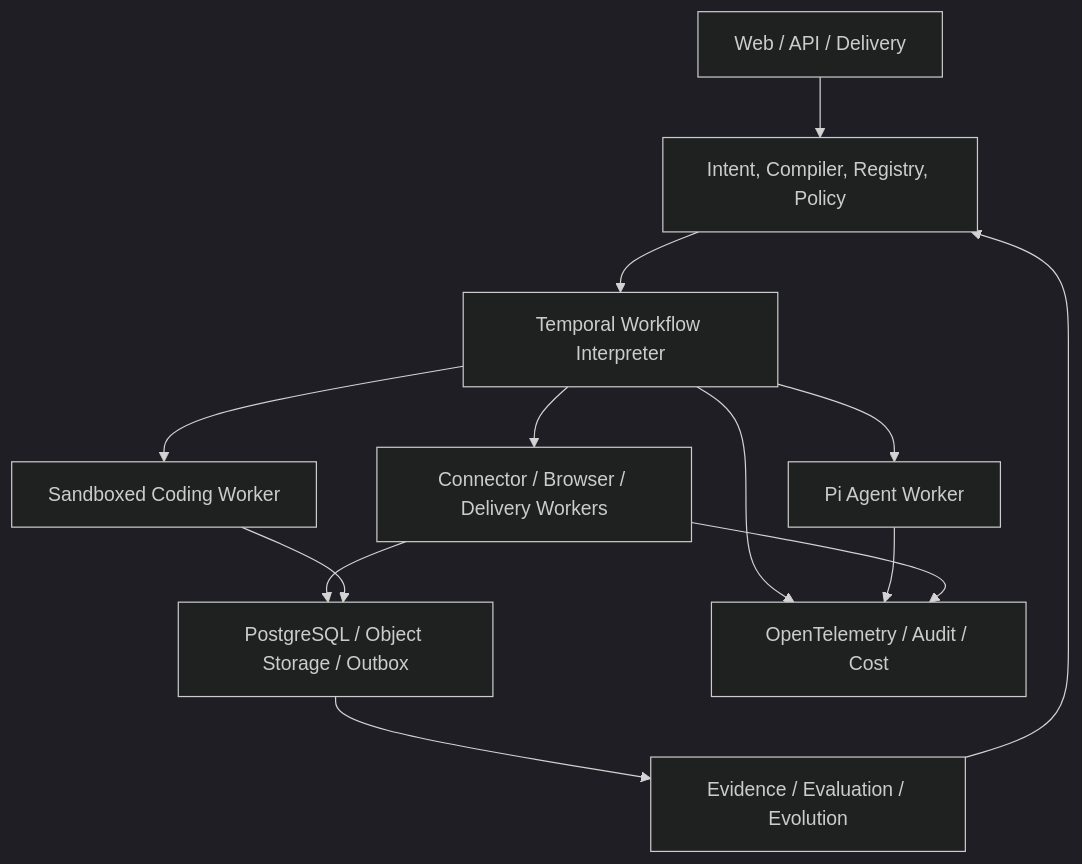
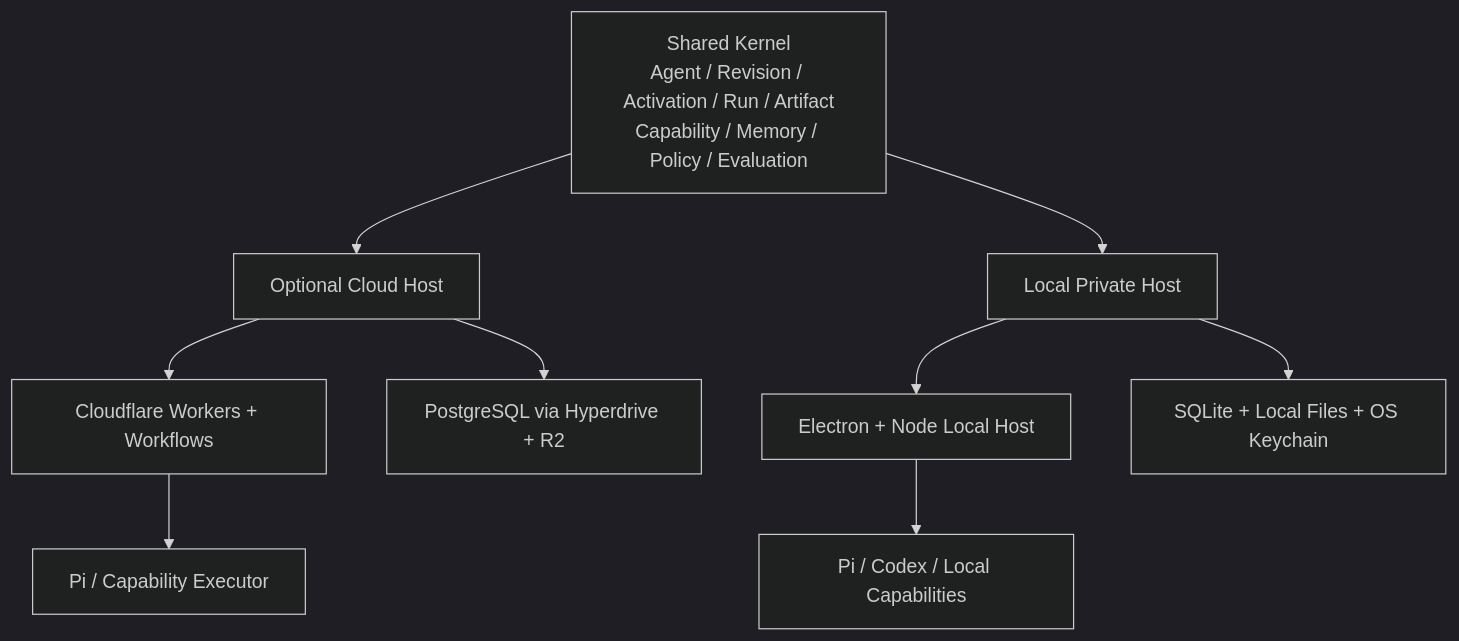
One commit to dvlin-dev/LoopEvo changed the diagram in README.md. Above: the diagram before and after it, drawn with Mermaid (dark theme). The commit also changed other lines of this file and 10 other files, not shown here.

````diff
--- a/README.md
+++ b/README.md
@@ -86,16 +71,12 @@
 ```mermaid
 flowchart TB
-    UX["Web / API / Delivery"] --> CTRL["Intent, Compiler, Registry, Policy"]
-    CTRL --> TEMP["Temporal Workflow Interpreter"]
-    TEMP --> PI["Pi Agent Worker"]
-    TEMP --> CAP["Connector / Browser / Delivery Workers"]
-    TEMP --> CODE["Sandboxed Coding Worker"]
-    DATA["PostgreSQL / Object Storage / Outbox"]
-    CAP --> DATA
-    CODE --> DATA
-    DATA --> EVAL["Evidence / Evaluation / Evolution"]
-    EVAL --> CTRL
-    TEMP --> OBS["OpenTelemetry / Audit / Cost"]
-    PI --> OBS
-    CAP --> OBS
+    K["Shared Kernel<br/>Agent / Revision / Activation / Run / Artifact<br/>Capability / Memory / Policy / Evaluation"]
+    K --> C["Optional Cloud Host"]
+    K --> L["Local Private Host"]
+    C --> CF["Cloudflare Workers + Workflows"]
+    C --> PG["PostgreSQL via Hyperdrive + R2"]
+    L --> E["Electron + Node Local Host"]
+    L --> S["SQLite + Local Files + OS Keychain"]
+    CF --> P["Pi / Capability Executor"]
+    E --> A["Pi / Codex / Local Capabilities"]
 ```
````
